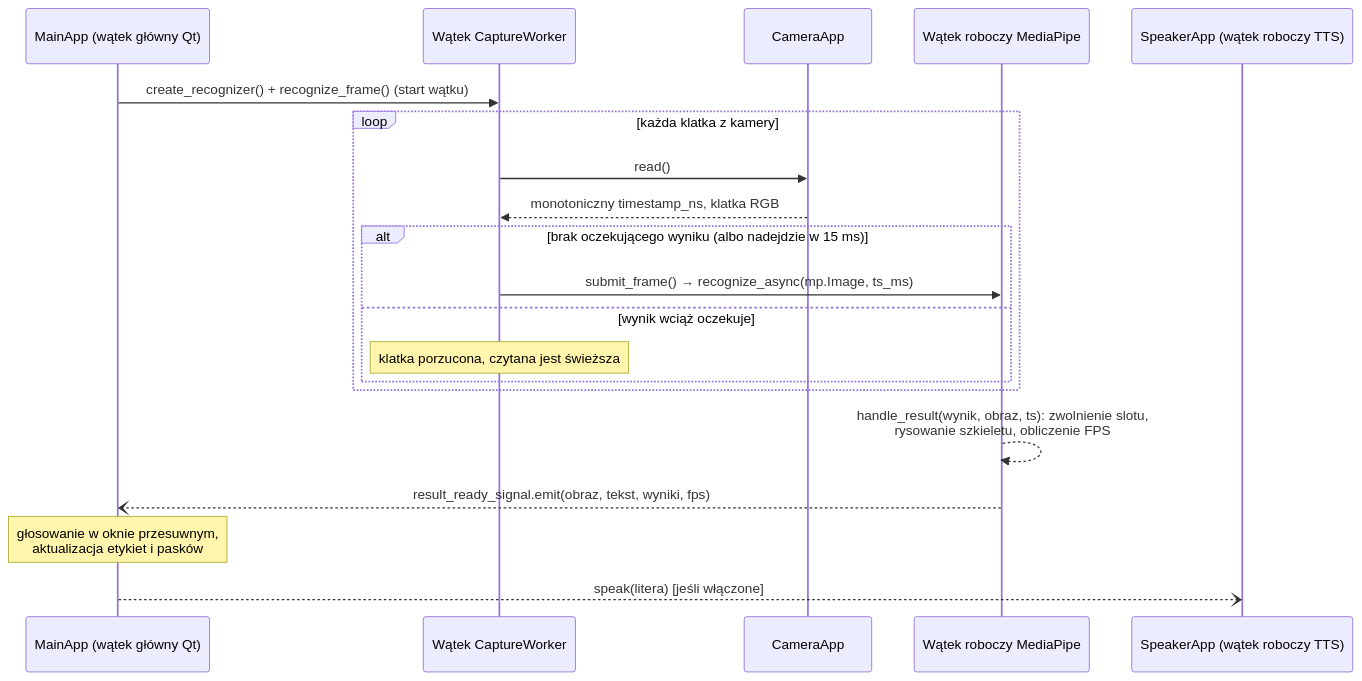
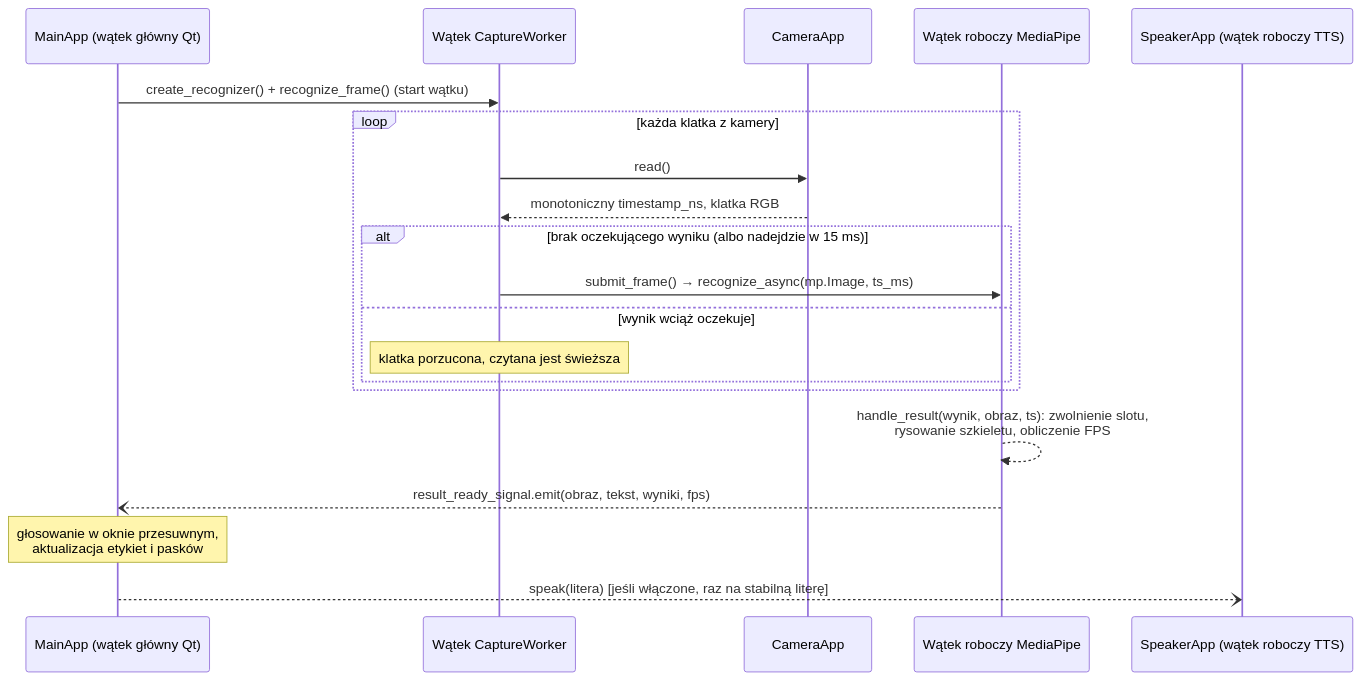
The second of 2 diagrams in docs/TECHNICAL_DOCUMENTATION.pl.md (DXtR1337/AI_sign_language_translator), drawn with Mermaid before and after one commit. The commit also changed other lines of this file and 5 other files, not shown here.

````diff
--- a/docs/TECHNICAL_DOCUMENTATION.pl.md
+++ b/docs/TECHNICAL_DOCUMENTATION.pl.md
@@ -83,23 +83,23 @@
 ```mermaid
 sequenceDiagram
     participant M as MainApp (wątek główny Qt)
     participant W as Wątek CaptureWorker
     participant C as CameraApp
     participant MP as Wątek roboczy MediaPipe
     participant T as SpeakerApp (wątek roboczy TTS)
 
     M->>W: create_recognizer() + recognize_frame() (start wątku)
     loop każda klatka z kamery
         W->>C: read()
         C-->>W: monotoniczny timestamp_ns, klatka RGB
         alt brak oczekującego wyniku (albo nadejdzie w 15 ms)
             W->>MP: submit_frame() → recognize_async(mp.Image, ts_ms)
         else wynik wciąż oczekuje
             Note over W: klatka porzucona, czytana jest świeższa
         end
     end
     MP-->>MP: handle_result(wynik, obraz, ts): zwolnienie slotu,<br/>rysowanie szkieletu, obliczenie FPS
     MP--)M: result_ready_signal.emit(obraz, tekst, wyniki, fps)
     Note over M: głosowanie w oknie przesuwnym,<br/>aktualizacja etykiet i pasków
-    M--)T: speak(litera)  [jeśli włączone]
+    M--)T: speak(litera)  [jeśli włączone, raz na stabilną literę]
 ```
````
